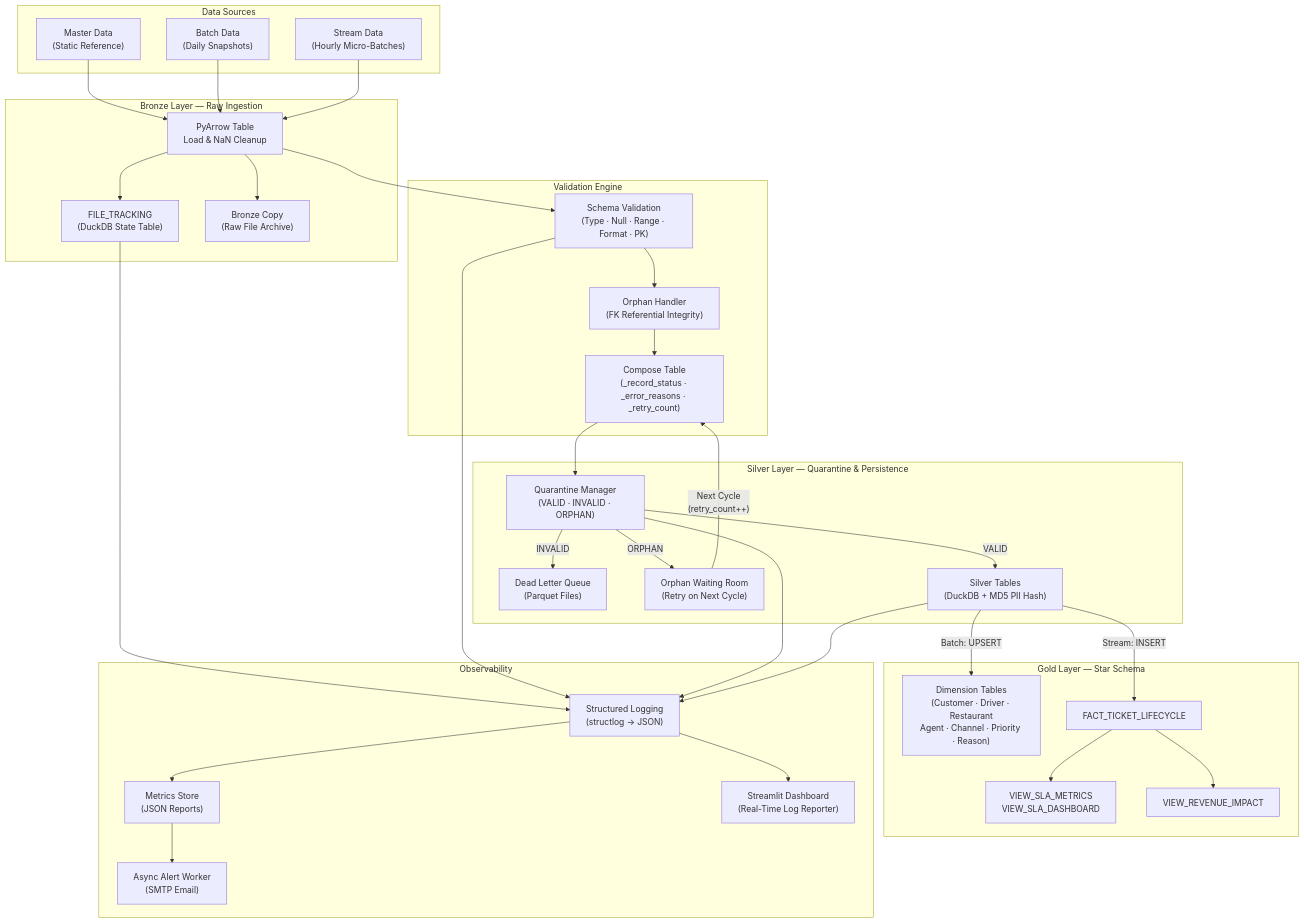
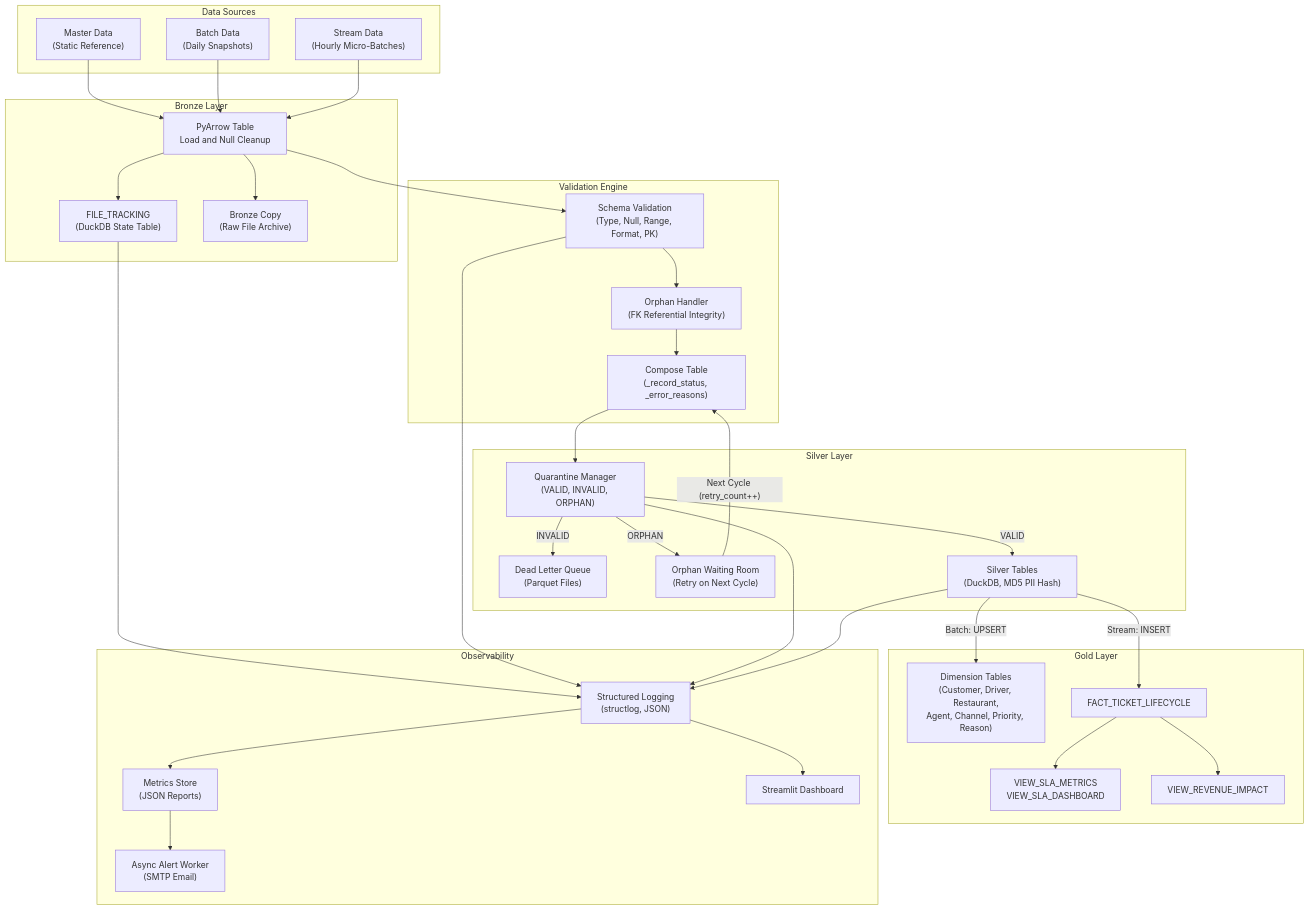
The diagram in README.md (AhmedWaheedM/fastfeast-data-solution), drawn with Mermaid before and after one commit. The commit also changed other lines of this file, not shown here.

````diff
--- a/README.md
+++ b/README.md
@@ -60,66 +90,66 @@
 ```mermaid
 flowchart TB
     subgraph Sources["Data Sources"]
         M["Master Data<br/>(Static Reference)"]
         B["Batch Data<br/>(Daily Snapshots)"]
         S["Stream Data<br/>(Hourly Micro-Batches)"]
     end
 
-    subgraph Bronze["Bronze Layer — Raw Ingestion"]
+    subgraph Bronze["Bronze Layer"]
         FT["FILE_TRACKING<br/>(DuckDB State Table)"]
         BC["Bronze Copy<br/>(Raw File Archive)"]
-        PA["PyArrow Table<br/>Load & NaN Cleanup"]
+        PA["PyArrow Table<br/>Load and Null Cleanup"]
     end
 
     subgraph Validation["Validation Engine"]
-        SC["Schema Validation<br/>(Type · Null · Range · Format · PK)"]
+        SC["Schema Validation<br/>(Type, Null, Range, Format, PK)"]
         OH["Orphan Handler<br/>(FK Referential Integrity)"]
-        CT["Compose Table<br/>(_record_status · _error_reasons · _retry_count)"]
+        CT["Compose Table<br/>(_record_status, _error_reasons)"]
     end
 
-    subgraph Silver["Silver Layer — Quarantine & Persistence"]
-        QM["Quarantine Manager<br/>(VALID · INVALID · ORPHAN)"]
+    subgraph Silver["Silver Layer"]
+        QM["Quarantine Manager<br/>(VALID, INVALID, ORPHAN)"]
         DLQ["Dead Letter Queue<br/>(Parquet Files)"]
         OWR["Orphan Waiting Room<br/>(Retry on Next Cycle)"]
-        SL["Silver Tables<br/>(DuckDB + MD5 PII Hash)"]
+        SL["Silver Tables<br/>(DuckDB, MD5 PII Hash)"]
     end
 
-    subgraph Gold["Gold Layer — Star Schema"]
-        DIM["Dimension Tables<br/>(Customer · Driver · Restaurant<br/>Agent · Channel · Priority · Reason)"]
+    subgraph Gold["Gold Layer"]
+        DIM["Dimension Tables<br/>(Customer, Driver, Restaurant,<br/>Agent, Channel, Priority, Reason)"]
         FACT["FACT_TICKET_LIFECYCLE"]
         SLA["VIEW_SLA_METRICS<br/>VIEW_SLA_DASHBOARD"]
         REV["VIEW_REVENUE_IMPACT"]
     end
 
-    subgraph Observability["Observability"]
-        LOG["Structured Logging<br/>(structlog → JSON)"]
+    subgraph Obs["Observability"]
+        LOG["Structured Logging<br/>(structlog, JSON)"]
         MET["Metrics Store<br/>(JSON Reports)"]
         ALR["Async Alert Worker<br/>(SMTP Email)"]
-        DASH["Streamlit Dashboard<br/>(Real-Time Log Reporter)"]
+        DASH["Streamlit Dashboard"]
     end
 
     M --> PA
     B --> PA
     S --> PA
     PA --> FT
     PA --> BC
     PA --> SC
     SC --> OH
     OH --> CT
     CT --> QM
     QM -->|VALID| SL
     QM -->|INVALID| DLQ
     QM -->|ORPHAN| OWR
-    OWR -->|"Next Cycle<br/>(retry_count++)"| CT
-    SL -->|Batch: UPSERT| DIM
-    SL -->|Stream: INSERT| FACT
+    OWR -->|"Next Cycle (retry_count++)"| CT
+    SL -->|"Batch: UPSERT"| DIM
+    SL -->|"Stream: INSERT"| FACT
     FACT --> SLA
     FACT --> REV
     FT --> LOG
     SC --> LOG
     QM --> LOG
     SL --> LOG
     LOG --> MET
     LOG --> DASH
     MET --> ALR
 ```
````
